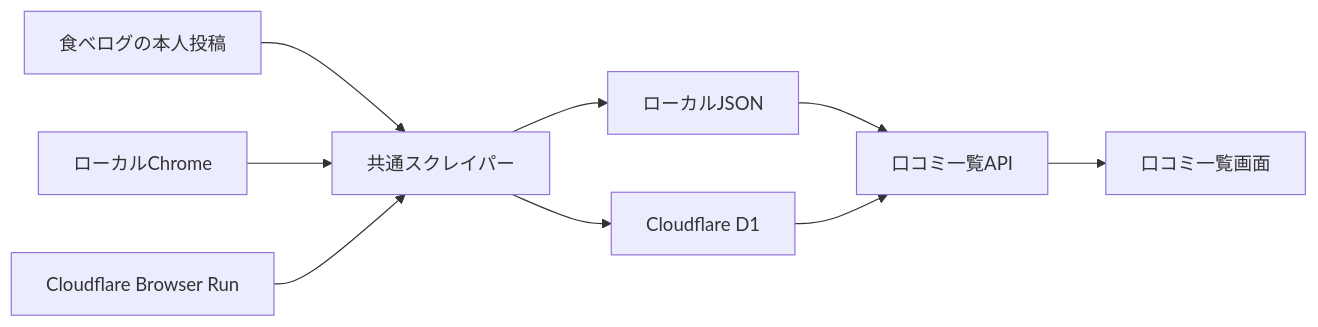
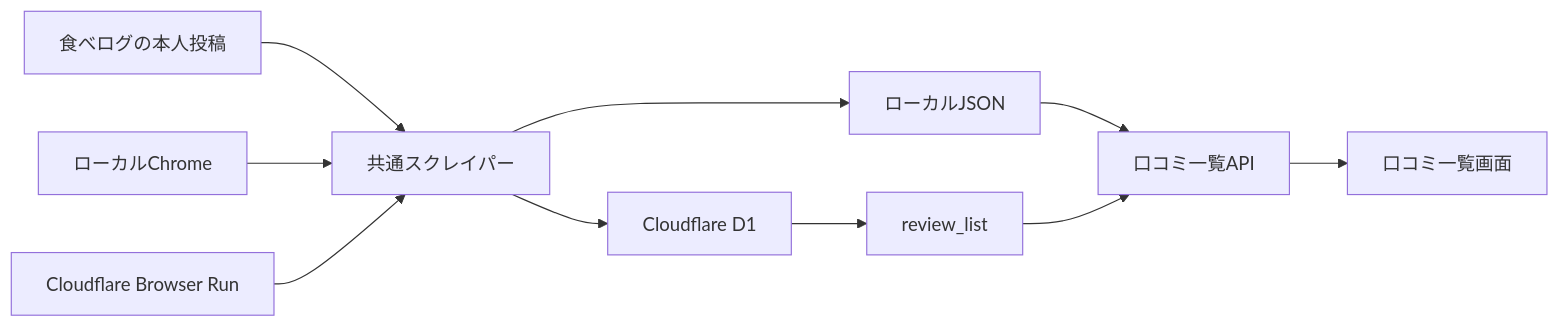
The diagram in DESIGN.md (kakami21/write-like-you), drawn with Mermaid before and after one commit. The commit also changed other lines of this file and 3 other files, not shown here.

````diff
--- a/DESIGN.md
+++ b/DESIGN.md
@@ -37,11 +37,12 @@
 ```mermaid
 flowchart LR
     T["食べログの本人投稿"] --> S["共通スクレイパー"]
     L["ローカルChrome"] --> S
     B["Cloudflare Browser Run"] --> S
     S --> J["ローカルJSON"]
     S --> D["Cloudflare D1"]
     J --> A["口コミ一覧API"]
-    D --> A
+    D --> V["review_list"]
+    V --> A
     A --> U["口コミ一覧画面"]
 ```
````
